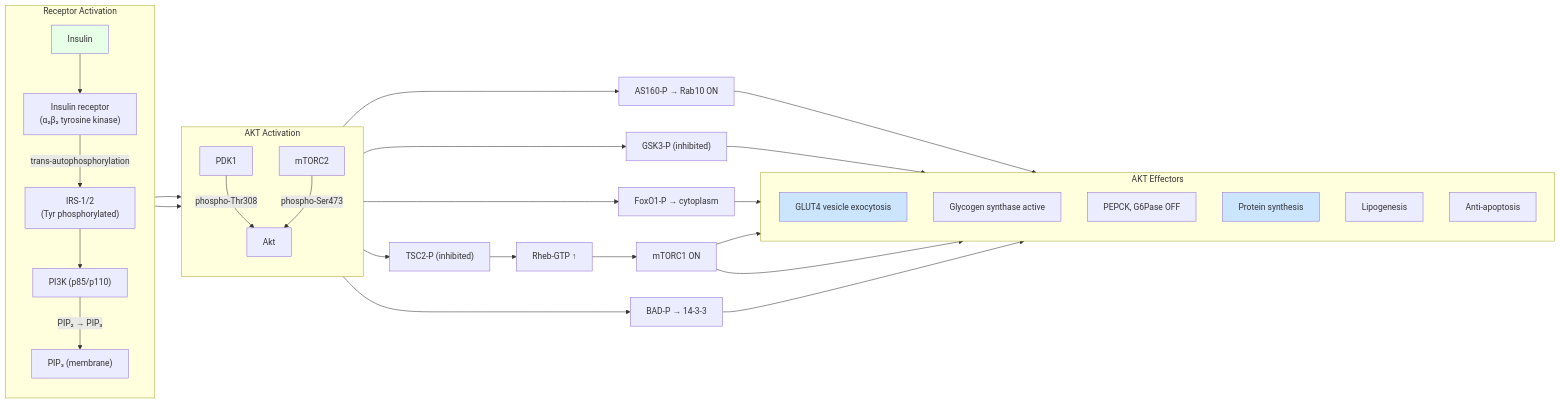
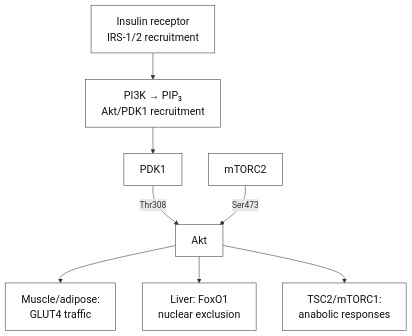
The second of 5 diagrams in docs/manuscript/unit_III/metabolic_integration.md (docxology/biology_textbook), drawn with Mermaid before and after one commit. The commit also changed other lines of this file and 15 other files, not shown here.

````diff
--- a/docs/manuscript/unit_III/metabolic_integration.md
+++ b/docs/manuscript/unit_III/metabolic_integration.md
@@ -141,46 +141,15 @@
 ```mermaid
-flowchart LR
-    subgraph Receptor ["Receptor Activation"]
-        direction TB
-        INS["Insulin"] --> IR["Insulin receptor<br/>(α₂β₂ tyrosine kinase)"]
-        IR -->|"trans-autophosphorylation"| IRS["IRS-1/2<br/>(Tyr phosphorylated)"]
-        IRS --> PI3K["PI3K (p85/p110)"]
-        PI3K -->|"PIP₂ → PIP₃"| PIP3["PIP₃ (membrane)"]
-    end
-
-    subgraph AKTact ["AKT Activation"]
-        direction TB
-        PDK1["PDK1"] -->|"phospho-Thr308"| AKT["Akt"]
-        MT2["mTORC2"] -->|"phospho-Ser473"| AKT
-    end
-
-    subgraph Targets ["AKT Effectors"]
-        direction TB
-        GLUT4["GLUT4 vesicle exocytosis"]
-        GS["Glycogen synthase active"]
-        GNG["PEPCK, G6Pase OFF"]
-        PROT["Protein synthesis"]
-        LIPO["Lipogenesis"]
-        SURV["Anti-apoptosis"]
-    end
-
-    PIP3 --> PDK1
-    PIP3 --> MT2
-    AKT --> AS160["AS160-P → Rab10 ON"]
-    AS160 --> GLUT4
-    AKT --> GSK3["GSK3-P (inhibited)"]
-    GSK3 --> GS
-    AKT --> FOXO["FoxO1-P → cytoplasm"]
-    FOXO --> GNG
-    AKT --> TSC["TSC2-P (inhibited)"]
-    TSC --> RHEB["Rheb-GTP ↑"]
-    RHEB --> MT1["mTORC1 ON"]
-    MT1 --> PROT
-    MT1 --> LIPO
-    AKT --> BAD["BAD-P → 14-3-3"]
-    BAD --> SURV
-
-    style INS fill:#e6ffe6
-    style GLUT4 fill:#cce5ff
-    style PROT fill:#cce5ff
+---
+config:
+  layout: dagre
+---
+flowchart TD
+    IR["Insulin receptor<br/>IRS-1/2 recruitment"] --> PI["PI3K → PIP₃<br/>Akt/PDK1 recruitment"]
+    PI --> PDK["PDK1"]
+    PDK -->|"Thr308"| AKT["Akt"]
+    MT2["mTORC2"] -->|"Ser473"| AKT
+    AKT --> GLUT4["Muscle/adipose:<br/>GLUT4 traffic"]
+    AKT --> FOXO["Liver: FoxO1<br/>nuclear exclusion"]
+    AKT --> MT1["TSC2/mTORC1:<br/>anabolic responses"]
+    classDef default fill:#ffffff,stroke:#333333,color:#111111,font-size:20px;
 ```
````
